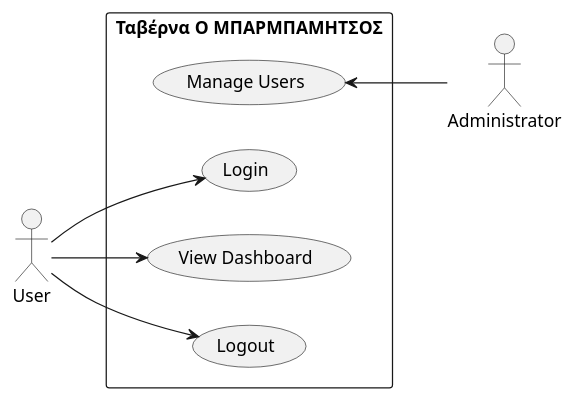
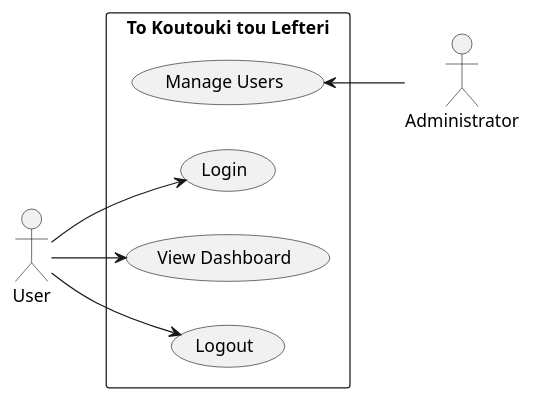
Before and after one commit to softwareDesign24/collaborateUML-ucd: the diagram in use-case.puml, drawn with PlantUML.

```diff
--- a/use-case.puml
+++ b/use-case.puml
@@ -1,20 +1,20 @@
 @startuml
 
 left to right direction
 
 actor "User" as usr
 actor "Administrator" as admin
 
-rectangle "Ταβέρνα Ο ΜΠΑΡΜΠΑΜΗΤΣΟΣ" {
+rectangle "To Koutouki tou Lefteri" {
   usecase "Login" as UC1
   usecase "View Dashboard" as UC2
   usecase "Logout" as UC3
   usecase "Manage Users" as UC4
 }
 
 usr --> UC1
 usr --> UC2
 usr --> UC3
 admin -up-> UC4
 
 @enduml
```
